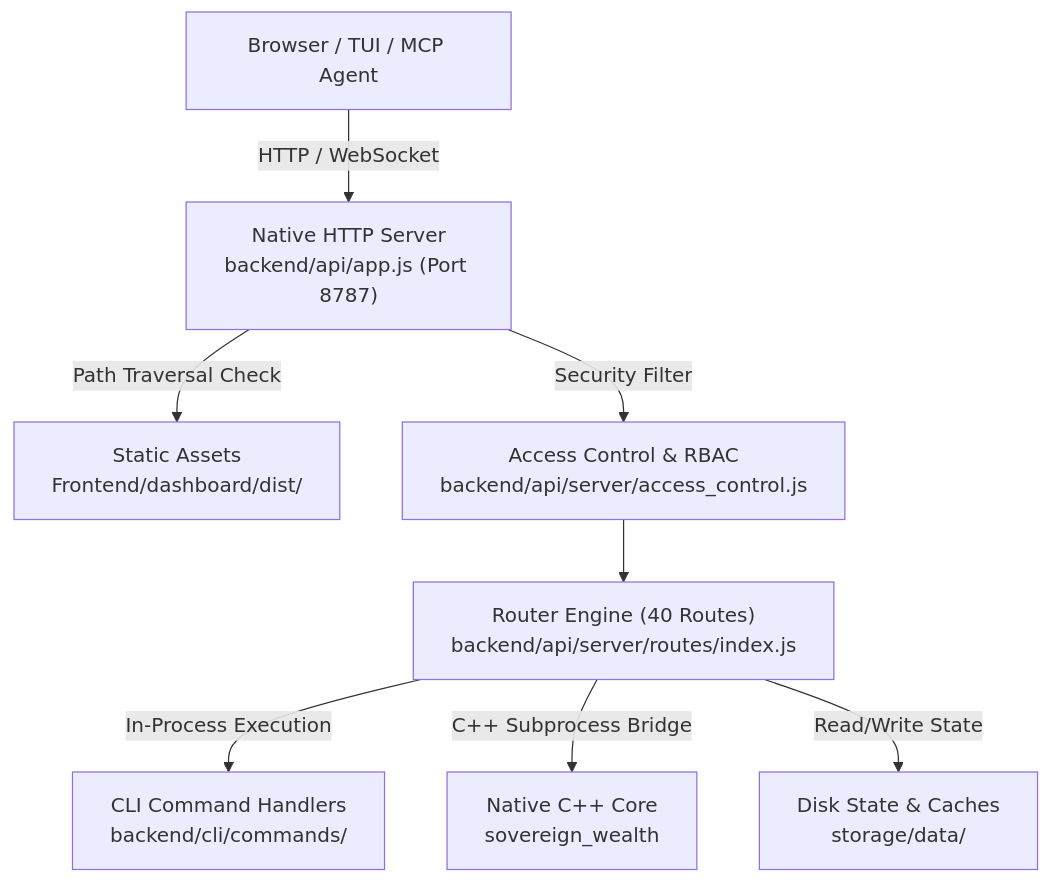
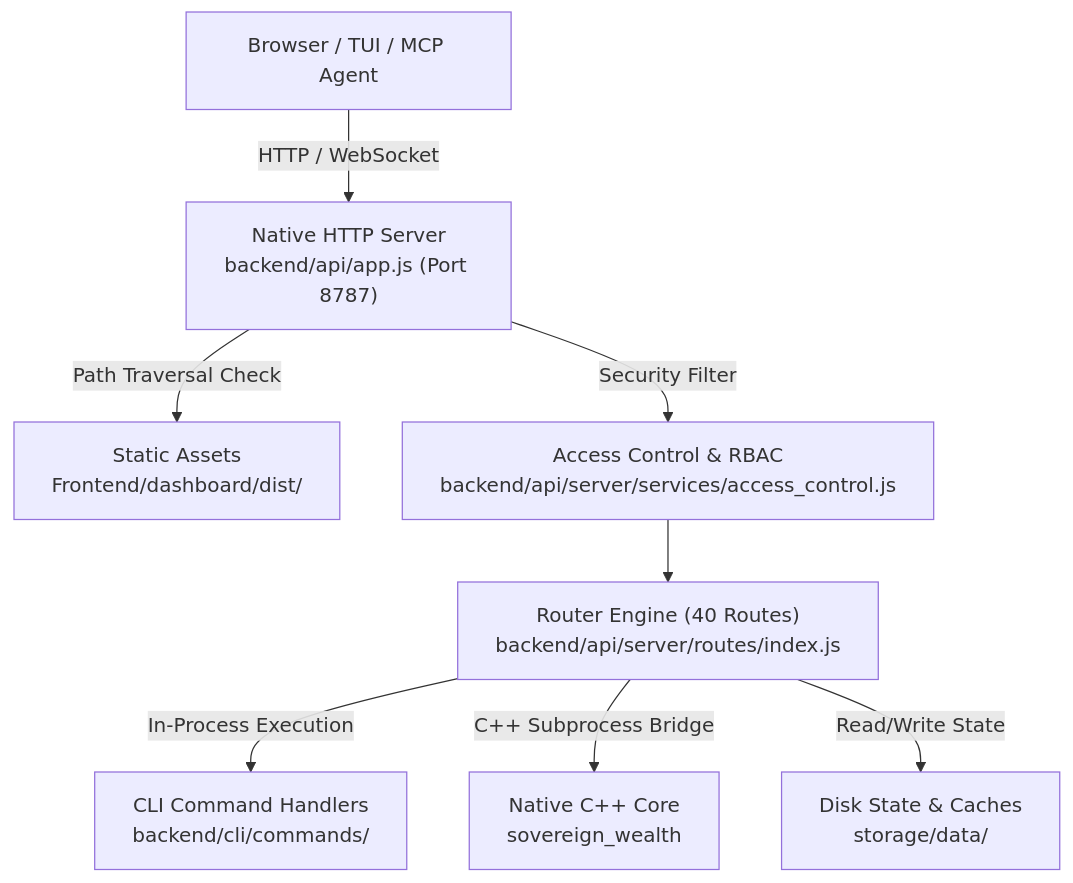
The diagram in docs/engineering/specs/web_api.md (vgbn2/personal_finance_draft), drawn with Mermaid before and after one commit. The commit also changed 24 other files, not shown here.

First line of the commit message:
docs(architecture): configure MkDocs Material, GitHub Pages CI, and strict documentation gate

````diff
--- a/docs/engineering/specs/web_api.md
+++ b/docs/engineering/specs/web_api.md
@@ -9,10 +9,10 @@
 ```mermaid
 flowchart TD
     CLIENT["Browser / TUI / MCP Agent"] -->|HTTP / WebSocket| APP["Native HTTP Server<br/>backend/api/app.js (Port 8787)"]
     APP -->|Path Traversal Check| STATIC["Static Assets<br/>Frontend/dashboard/dist/"]
-    APP -->|Security Filter| ACCESS["Access Control & RBAC<br/>backend/api/server/access_control.js"]
+    APP -->|Security Filter| ACCESS["Access Control & RBAC<br/>backend/api/server/services/access_control.js"]
     ACCESS --> ROUTER["Router Engine (40 Routes)<br/>backend/api/server/routes/index.js"]
     ROUTER -->|In-Process Execution| CLI["CLI Command Handlers<br/>backend/cli/commands/"]
     ROUTER -->|C++ Subprocess Bridge| CORE["Native C++ Core<br/>sovereign_wealth"]
     ROUTER -->|Read/Write State| CACHE["Disk State & Caches<br/>storage/data/"]
 ```
````
